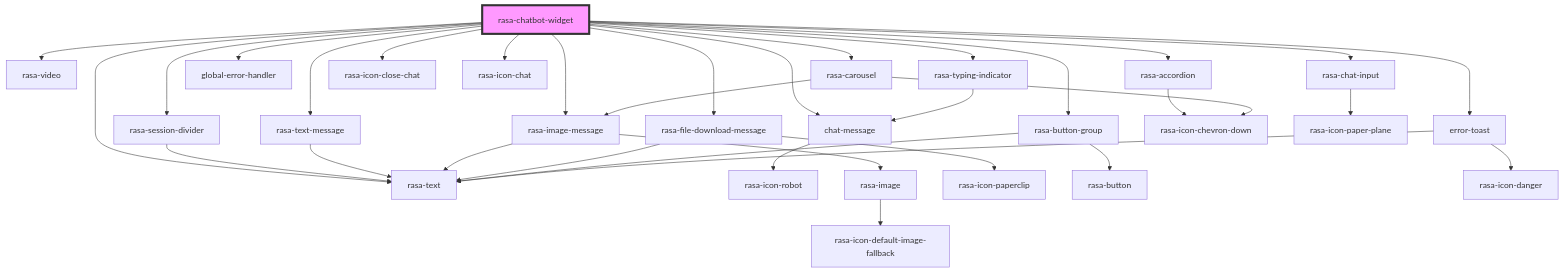
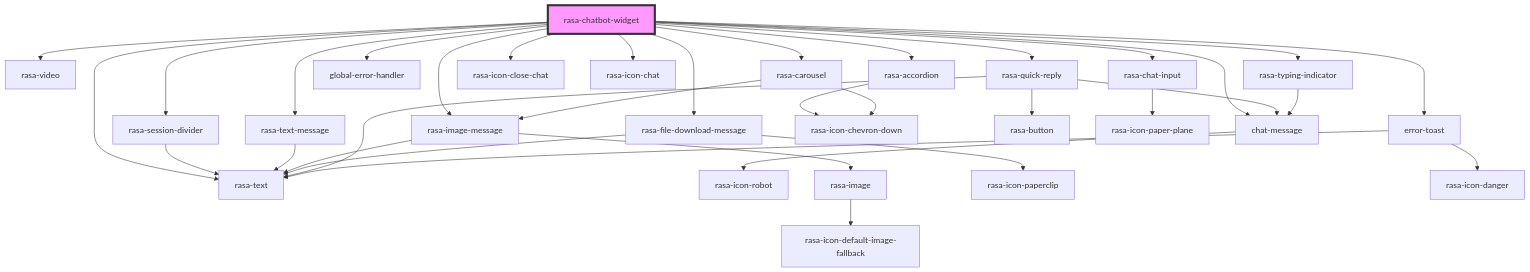
Before and after one commit to RasaHQ/chat-widget: the diagram in packages/web-component/src/rasa-chatbot-widget/readme.md, drawn with Mermaid. The commit also changed other lines of this file and 23 other files, not shown here.

````diff
--- a/packages/web-component/src/rasa-chatbot-widget/readme.md
+++ b/packages/web-component/src/rasa-chatbot-widget/readme.md
@@ -51,37 +52,38 @@
 ```mermaid
 graph TD;
   rasa-chatbot-widget --> rasa-session-divider
   rasa-chatbot-widget --> chat-message
   rasa-chatbot-widget --> rasa-text-message
   rasa-chatbot-widget --> rasa-image-message
   rasa-chatbot-widget --> rasa-video
   rasa-chatbot-widget --> rasa-file-download-message
   rasa-chatbot-widget --> rasa-accordion
   rasa-chatbot-widget --> rasa-text
-  rasa-chatbot-widget --> rasa-button-group
+  rasa-chatbot-widget --> rasa-quick-reply
   rasa-chatbot-widget --> rasa-carousel
   rasa-chatbot-widget --> global-error-handler
   rasa-chatbot-widget --> rasa-typing-indicator
   rasa-chatbot-widget --> rasa-icon-close-chat
   rasa-chatbot-widget --> rasa-icon-chat
   rasa-chatbot-widget --> error-toast
   rasa-chatbot-widget --> rasa-chat-input
   rasa-session-divider --> rasa-text
   chat-message --> rasa-icon-robot
   rasa-text-message --> rasa-text
   rasa-image-message --> rasa-image
   rasa-image-message --> rasa-text
   rasa-image --> rasa-icon-default-image-fallback
   rasa-file-download-message --> rasa-icon-paperclip
   rasa-file-download-message --> rasa-text
   rasa-accordion --> rasa-icon-chevron-down
-  rasa-button-group --> rasa-button
-  rasa-button-group --> rasa-text
+  rasa-quick-reply --> chat-message
+  rasa-quick-reply --> rasa-text
+  rasa-quick-reply --> rasa-button
   rasa-carousel --> rasa-image-message
   rasa-carousel --> rasa-icon-chevron-down
   rasa-typing-indicator --> chat-message
   error-toast --> rasa-icon-danger
   error-toast --> rasa-text
   rasa-chat-input --> rasa-icon-paper-plane
   style rasa-chatbot-widget fill:#f9f,stroke:#333,stroke-width:4px
 ```
````
